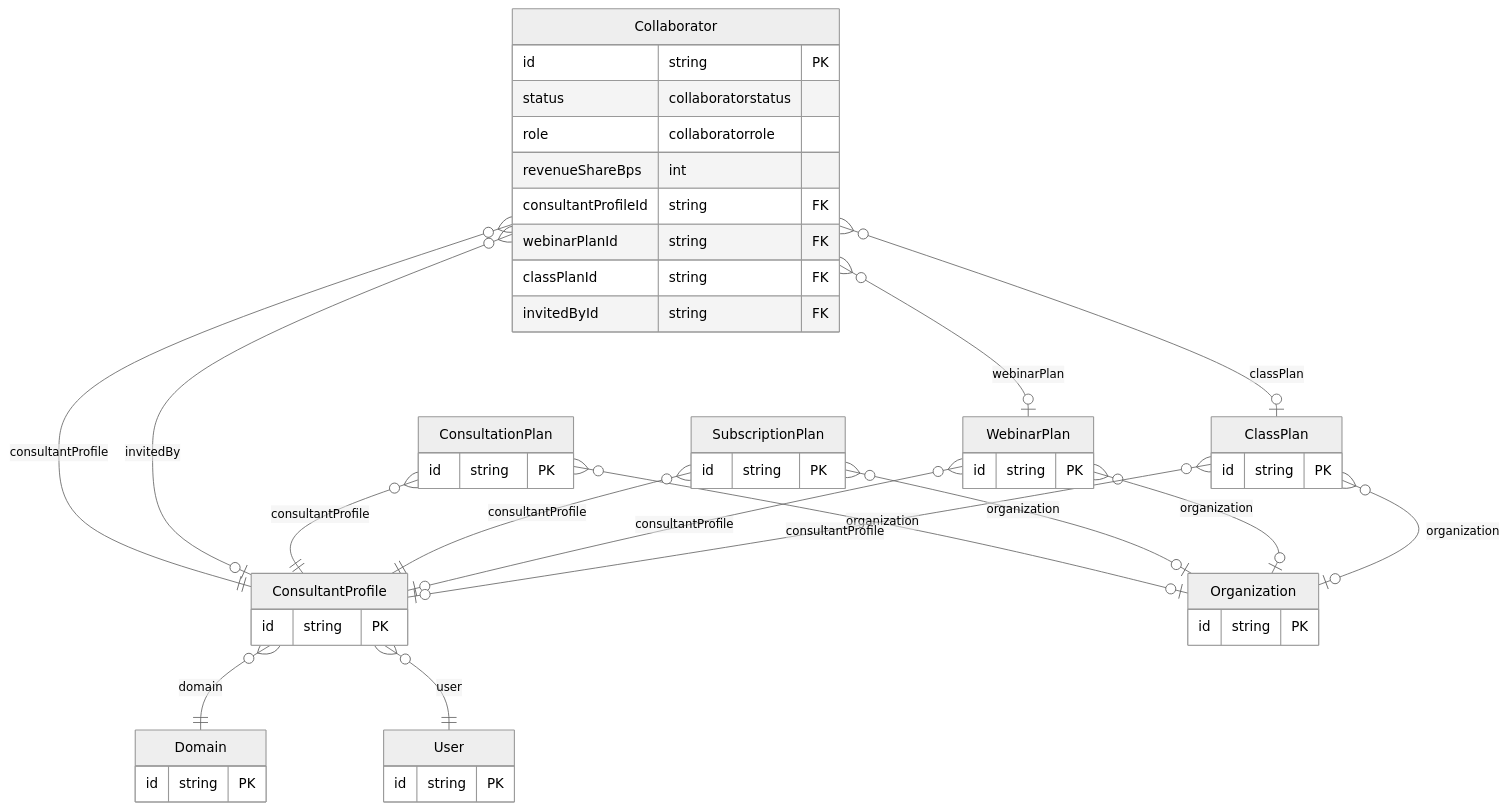
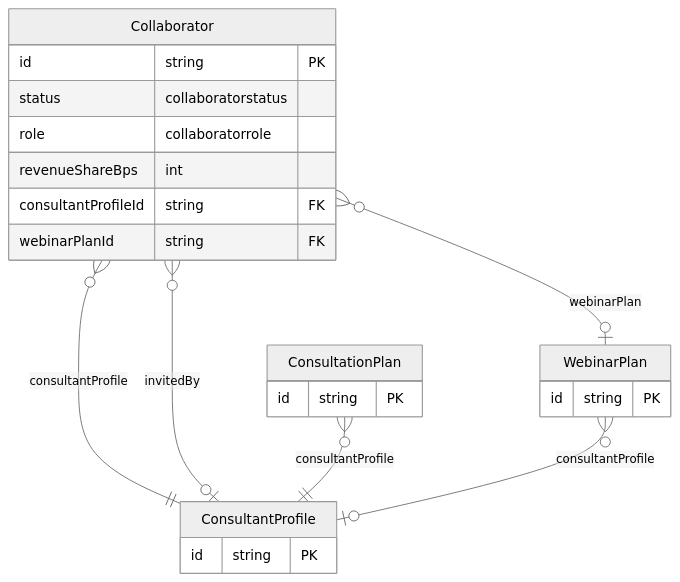
The second of 3 diagrams in docs/prisma/domains/02-plans-and-availability.md (Practitionist/familiarise_web), drawn with Mermaid (neutral theme) before and after one commit. The commit also changed other lines of this file and 14 other files, not shown here.

````diff
--- a/docs/prisma/domains/02-plans-and-availability.md
+++ b/docs/prisma/domains/02-plans-and-availability.md
@@ -147,51 +119,25 @@
 ```mermaid
 erDiagram
     Collaborator {
         id string PK
         status collaboratorstatus
         role collaboratorrole
         revenueShareBps int
         consultantProfileId string FK
         webinarPlanId string FK
-        classPlanId string FK
-        invitedById string FK
     }
     ConsultantProfile {
         id string PK
     }
     ConsultationPlan {
         id string PK
     }
-    SubscriptionPlan {
-        id string PK
-    }
     WebinarPlan {
-        id string PK
-    }
-    ClassPlan {
-        id string PK
-    }
-    Domain {
-        id string PK
-    }
-    User {
-        id string PK
-    }
-    Organization {
         id string PK
     }
     Collaborator }o--|| ConsultantProfile : "consultantProfile"
     Collaborator }o--o| WebinarPlan : "webinarPlan"
-    Collaborator }o--o| ClassPlan : "classPlan"
     Collaborator }o--o| ConsultantProfile : "invitedBy"
-    ConsultantProfile }o--|| Domain : "domain"
-    ConsultantProfile }o--|| User : "user"
     ConsultationPlan }o--|| ConsultantProfile : "consultantProfile"
-    ConsultationPlan }o--o| Organization : "organization"
-    SubscriptionPlan }o--|| ConsultantProfile : "consultantProfile"
-    SubscriptionPlan }o--o| Organization : "organization"
     WebinarPlan }o--o| ConsultantProfile : "consultantProfile"
-    WebinarPlan }o--o| Organization : "organization"
-    ClassPlan }o--o| ConsultantProfile : "consultantProfile"
-    ClassPlan }o--o| Organization : "organization"
 ```
````
